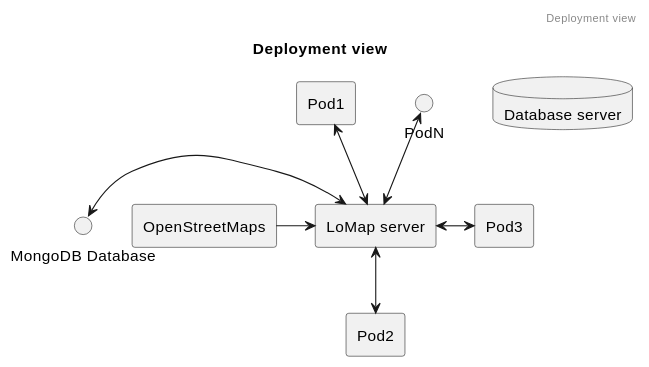
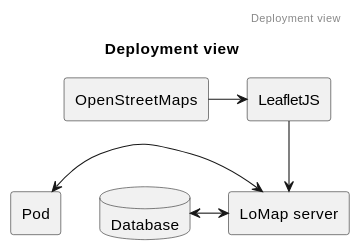
Before and after one commit to Arquisoft/lomap_en2b: the diagram in docs/07_deployment_view.adoc, drawn with PlantUML. The commit also changed 3 other files, not shown here.

```diff
--- a/docs/07_deployment_view.adoc
+++ b/docs/07_deployment_view.adoc
@@ -8,23 +8,18 @@
 [plantuml,"Deployment diagram",png, id = "DeployDiagramView"]
 ----
 @startuml
 header Deployment view
 title Deployment view
 
 agent "LoMap server"
 agent "OpenStreetMaps"
-database "Database server"
-agent Pod1
-agent Pod2
-agent Pod3
+agent "LeafletJS"
+database "Database"
+agent Pod
 
-Pod1 <--> "LoMap server"
-"LoMap server" <--> Pod2
-PodN <--> "LoMap server"
-"LoMap server" <-> "Pod3"
-
-"MongoDB Database" <-> "LoMap server"
-"OpenStreetMaps" -> "LoMap server"
-
+Pod <-> "LoMap server"
+"OpenStreetMaps" -> "LeafletJS"
+"LeafletJS" --> "LoMap server"
+"Database" <-> "LoMap server"
 @enduml
 ----
```
